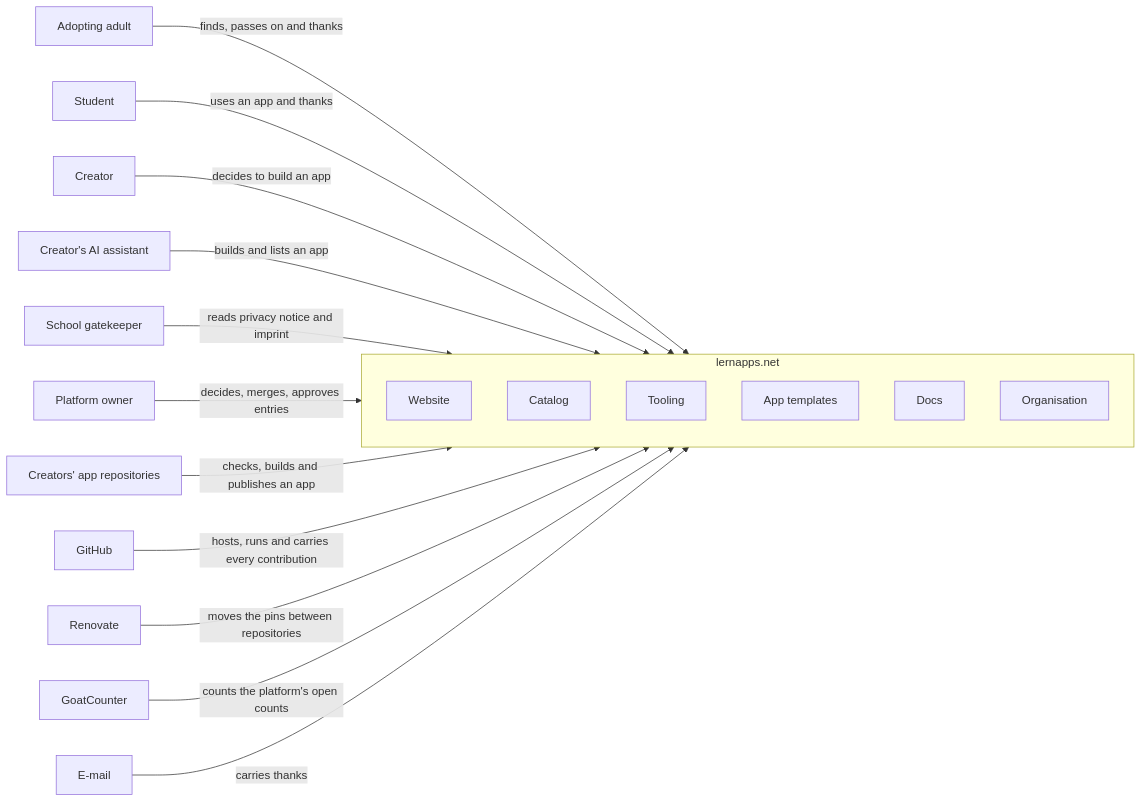
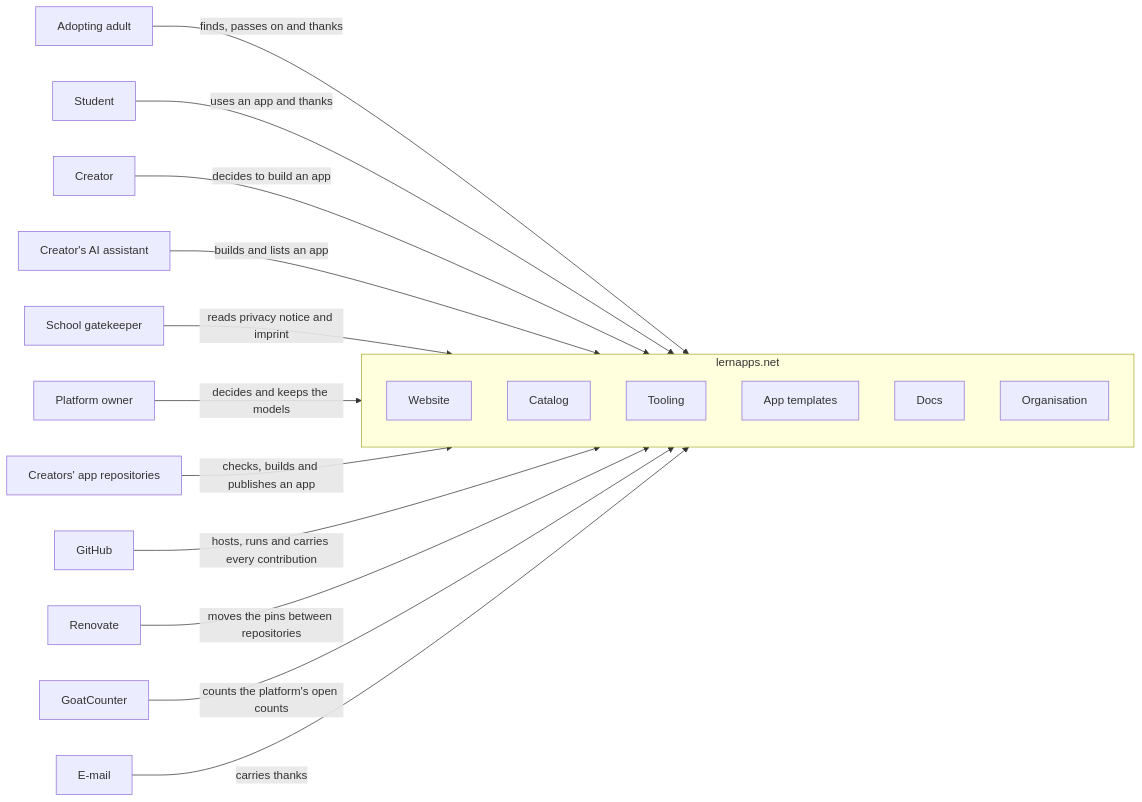
One commit to lernapps/docs changed the diagram in docs/arc42/03-system-context.arc42.md. Above: the diagram before and after it, drawn with Mermaid. The commit also changed other lines of this file and 7 other files, not shown here.

````diff
--- a/docs/arc42/03-system-context.arc42.md
+++ b/docs/arc42/03-system-context.arc42.md
@@ -18,33 +18,33 @@
 ```mermaid
 flowchart LR
     actor-adopting-adult["Adopting adult"]
     actor-student["Student"]
     actor-creator["Creator"]
     actor-ai-assistant["Creator's AI assistant"]
     actor-gatekeeper["School gatekeeper"]
     actor-platform-owner["Platform owner"]
     actor-app-repo-actions["Creators' app repositories"]
     actor-github["GitHub"]
     actor-renovate["Renovate"]
     actor-goatcounter["GoatCounter"]
     actor-email["E-mail"]
     subgraph system["lernapps.net"]
         bb-website["Website"]
         bb-catalog["Catalog"]
         bb-tooling["Tooling"]
         bb-app-templates["App templates"]
         bb-docs["Docs"]
         bb-org["Organisation"]
     end
     actor-adopting-adult -->|"finds, passes on and thanks"| system
     actor-student -->|"uses an app and thanks"| system
     actor-creator -->|"decides to build an app"| system
     actor-ai-assistant -->|"builds and lists an app"| system
     actor-gatekeeper -->|"reads privacy notice and imprint"| system
-    actor-platform-owner -->|"decides, merges, approves entries"| system
+    actor-platform-owner -->|"decides and keeps the models"| system
     actor-app-repo-actions -->|"checks, builds and publishes an app"| system
     actor-github -->|"hosts, runs and carries every contribution"| system
     actor-renovate -->|"moves the pins between repositories"| system
     actor-goatcounter -->|"counts the platform's open counts"| system
     actor-email -->|"carries thanks"| system
 ```
````
